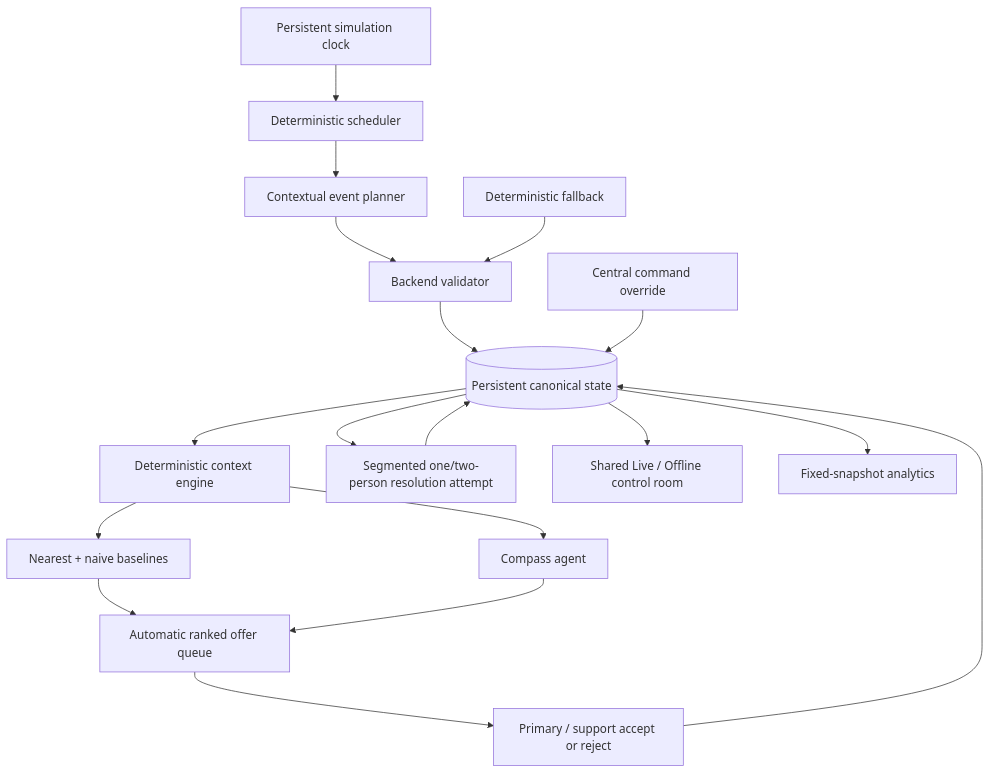
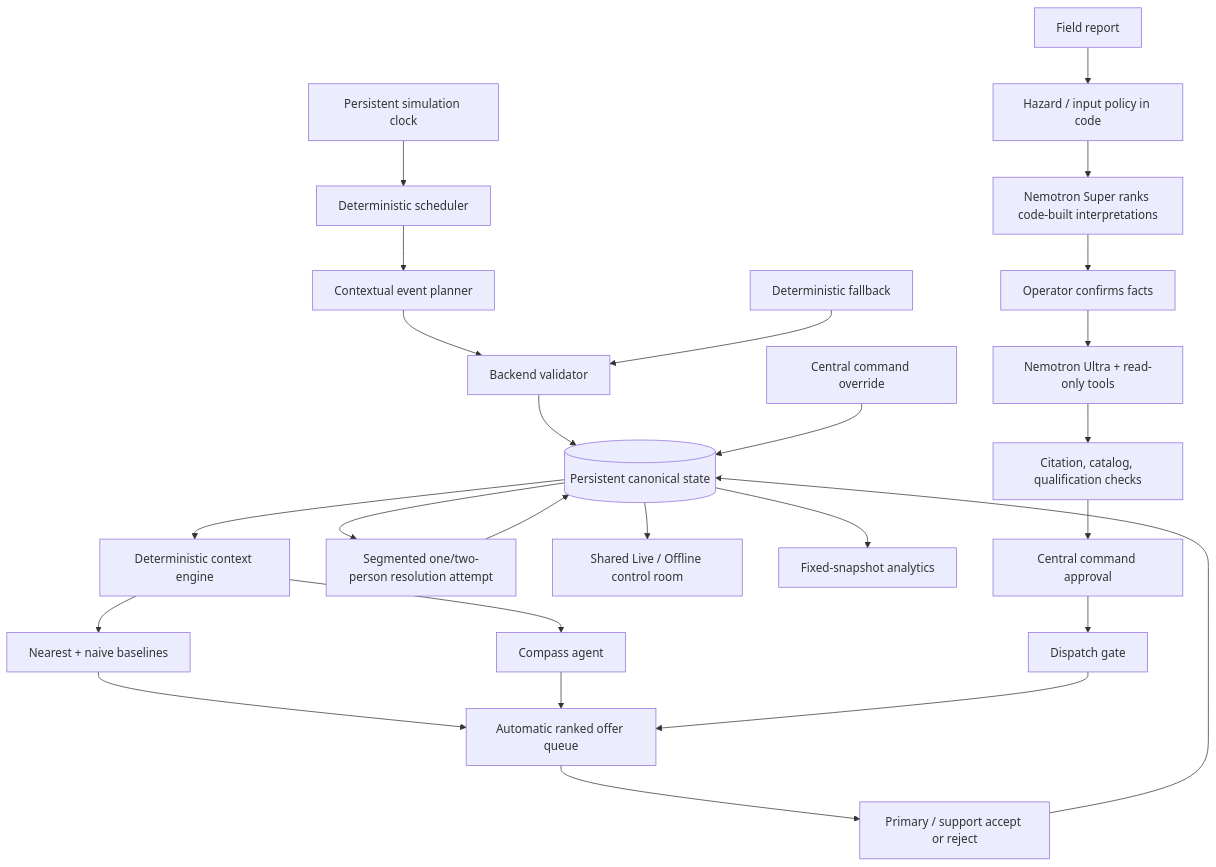
One commit to e8aura-makodev58/nebius-compass changed the diagram in README.md. Above: the diagram before and after it, drawn with Mermaid. The commit also changed other lines of this file and 3 other files, not shown here.

````diff
--- a/README.md
+++ b/README.md
@@ -69,20 +99,28 @@
 ```mermaid
 flowchart TD
     Clock[Persistent simulation clock] --> Scheduler[Deterministic scheduler]
     Scheduler --> Planner[Contextual event planner]
     Planner --> Validator[Backend validator]
     Fallback[Deterministic fallback] --> Validator
     Validator --> Store[(Persistent canonical state)]
     Store --> Context[Deterministic context engine]
     Context --> Baselines[Nearest + naive baselines]
     Context --> Compass[Compass agent]
     Baselines --> Dispatch[Automatic ranked offer queue]
     Compass --> Dispatch
     Dispatch --> Response[Primary / support accept or reject]
     Response --> Store
     Override[Central command override] --> Store
     Store --> Resolution[Segmented one/two-person resolution attempt]
     Resolution --> Store
     Store --> UI[Shared Live / Offline control room]
     Store --> Analytics[Fixed-snapshot analytics]
+    Report[Field report] --> Policy[Hazard / input policy in code]
+    Policy --> Interp[Nemotron Super ranks code-built interpretations]
+    Interp --> Confirm[Operator confirms facts]
+    Confirm --> Investigator[Nemotron Ultra + read-only tools]
+    Investigator --> Checks[Citation, catalog, qualification checks]
+    Checks --> Approval[Central command approval]
+    Approval --> Gate[Dispatch gate]
+    Gate --> Dispatch
 ```
````
